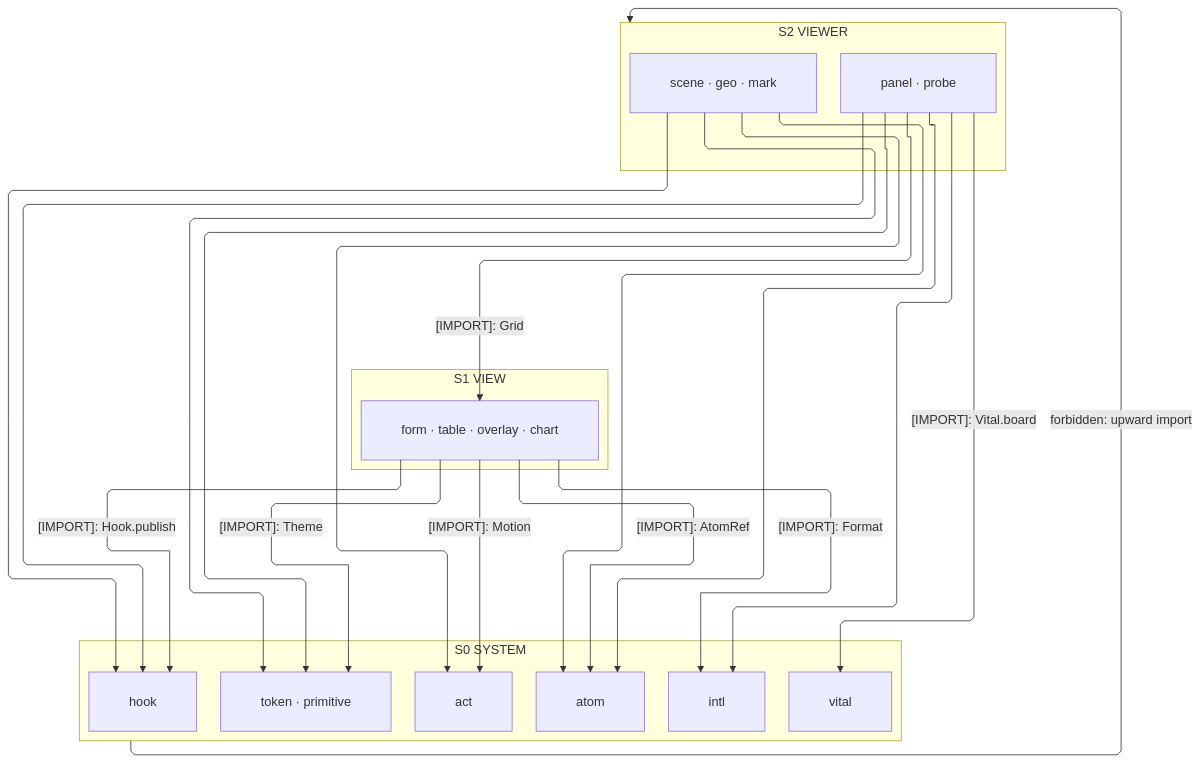
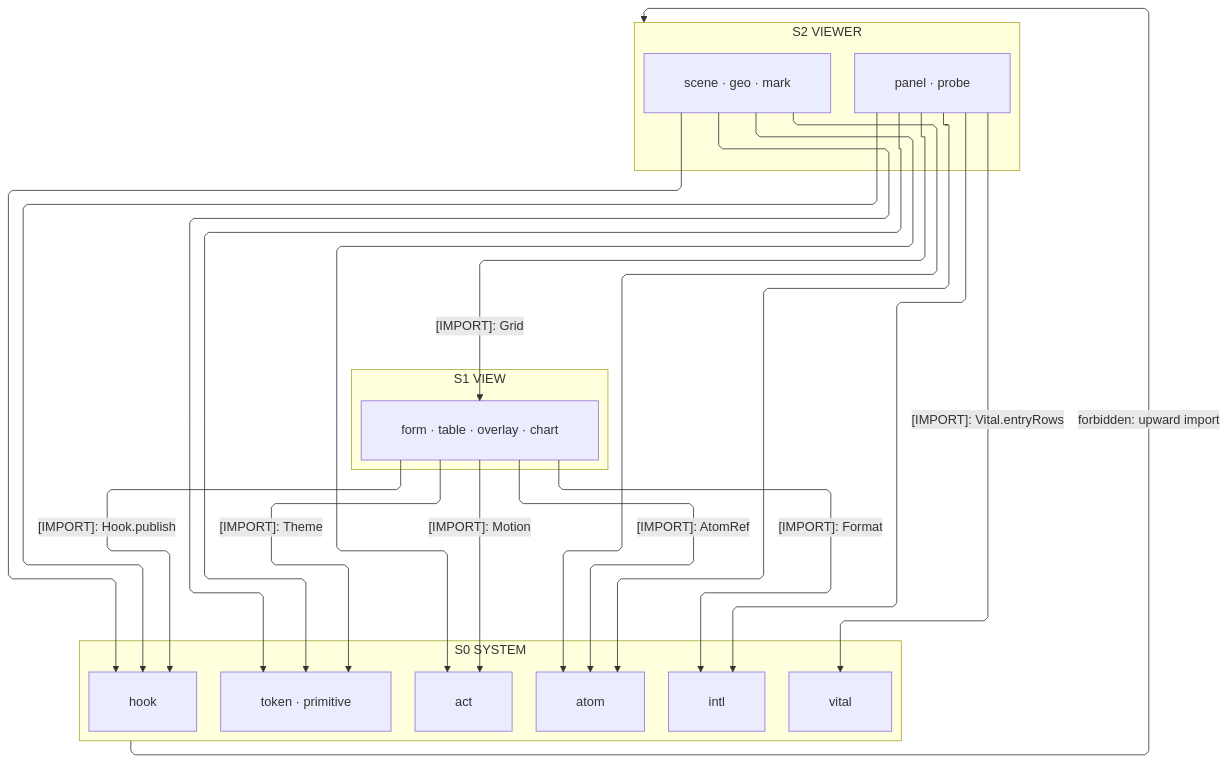
The first of 2 diagrams in libs/typescript/ui/ARCHITECTURE.md (bsamiee/Rasm), drawn with Mermaid before and after one commit. The commit also changed other lines of this file and 249 other files, not shown here.

````diff
--- a/libs/typescript/ui/ARCHITECTURE.md
+++ b/libs/typescript/ui/ARCHITECTURE.md
@@ -42,43 +42,43 @@
 ```mermaid
 ---
 config:
   layout: elk
   flowchart:
     curve: linear
     padding: 25
 ---
 flowchart TB
     accTitle: Ui interior import strata
     accDescr: Three strata — the viewer project over the view surfaces onto the system floor; imports downward, one forbidden upward edge.
     subgraph S2["S2 VIEWER"]
         Scene["scene · geo · mark"]
         Board["panel · probe"]
     end
     subgraph S1["S1 VIEW"]
         View["form · table · overlay · chart"]
     end
     subgraph S0["S0 SYSTEM"]
         Token["token · primitive"]
         Act[act]
         Atom[atom]
         Intl[intl]
         Hook[hook]
         Vital[vital]
     end
     View e1@-->|"[IMPORT]: AtomRef"| Atom
     View e2@-->|"[IMPORT]: Format"| Intl
     View e3@-->|"[IMPORT]: Theme"| Token
     View e4@-->|"[IMPORT]: Motion"| Act
     View e12@-->|"[IMPORT]: Hook.publish"| Hook
     Scene e5@--> Token
     Scene e6@--> Act
     Scene e7@--> Atom
     Scene e13@--> Hook
     Board e8@--> Atom
     Board e9@--> Intl
     Board e10@--> Token
     Board e11@-->|"[IMPORT]: Grid"| View
-    Board e14@-->|"[IMPORT]: Vital.board"| Vital
+    Board e14@-->|"[IMPORT]: Vital.entryRows"| Vital
     Board e15@--> Hook
     S0 f1@-->|"forbidden: upward import"| S2
 ```
````
